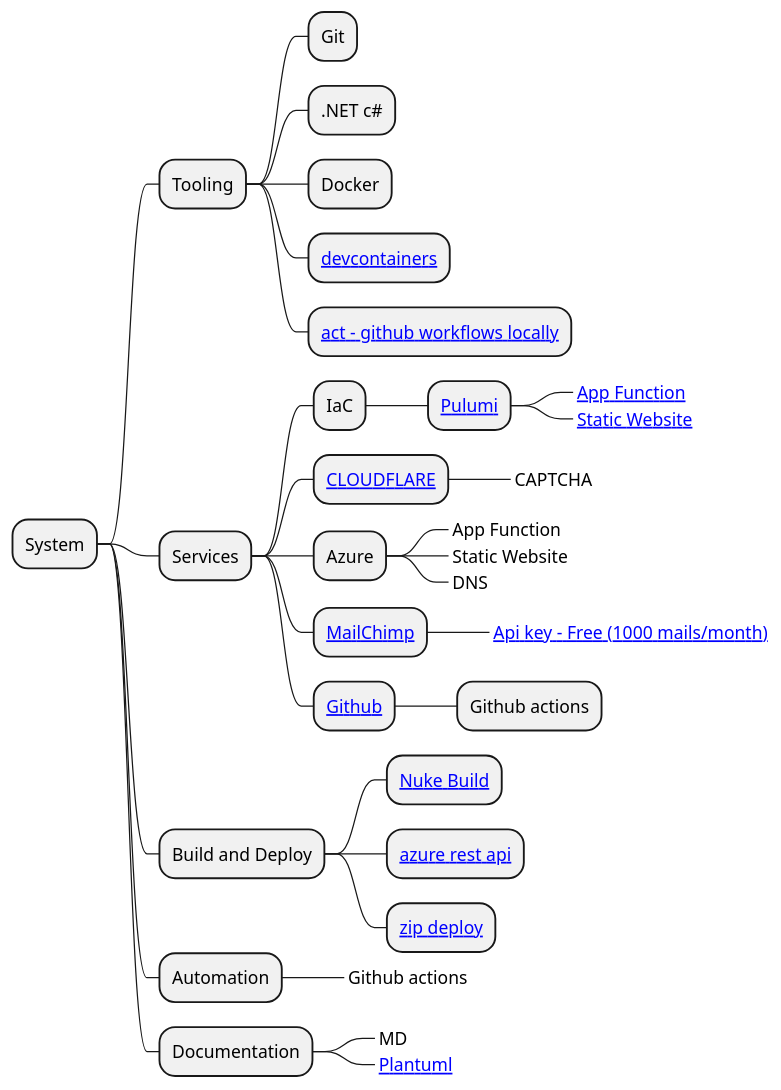
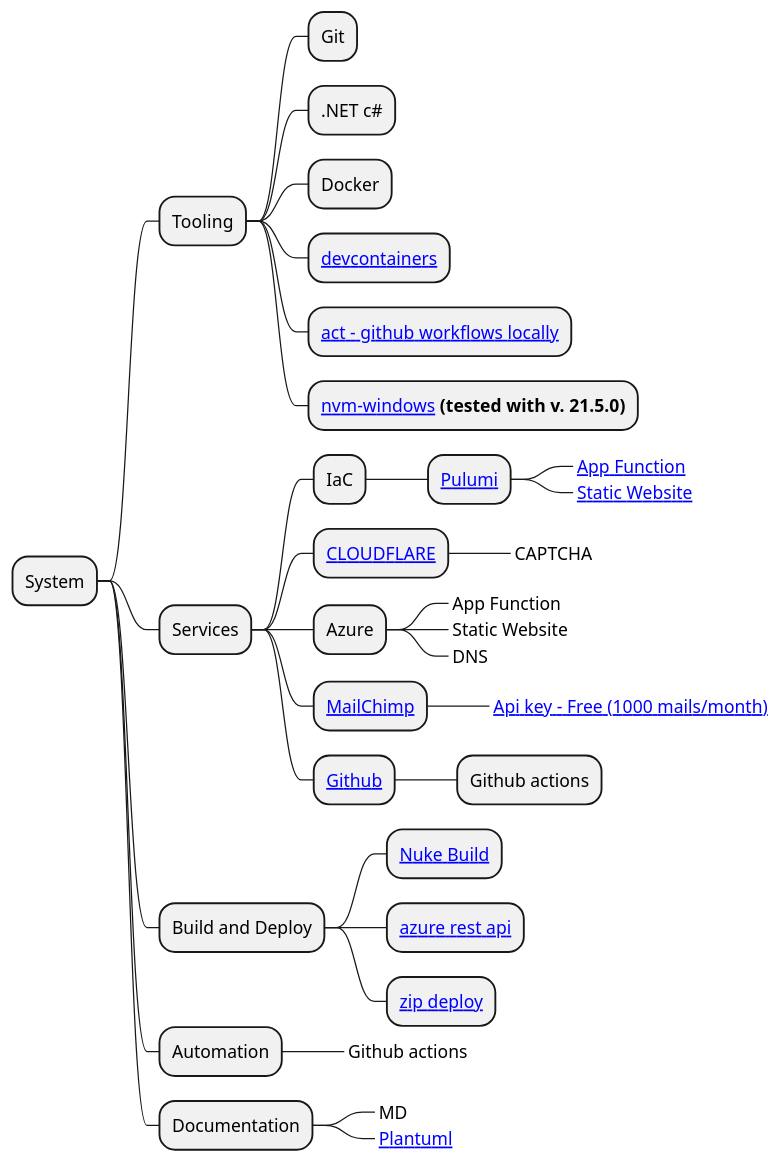
One commit to sukkergris/job-application changed the diagram in Documentation/System-Overview.wsd. Above: the diagram before and after it, drawn with PlantUML. The commit also changed 2 other files, not shown here.

```diff
--- a/Documentation/System-Overview.wsd
+++ b/Documentation/System-Overview.wsd
@@ -1,35 +1,36 @@
 @startmindmap "System overview"
 * System
 ** Tooling
 *** Git
 *** .NET c#
 *** Docker
 *** [[https://code.visualstudio.com/docs/devcontainers/containers devcontainers]]
 *** [[https://github.com/nektos/act act - github workflows locally]]
+*** [[https://github.com/coreybutler/nvm-windows/releases nvm-windows]] **(tested with v. 21.5.0)**
 ** Services
 *** IaC
 **** [[https://www.pulumi.com/ Pulumi]]
 *****_ [[https://www.pulumi.com/registry/packages/azure/api-docs/appservice/functionapp/ App Function]]
 *****_ [[https://www.pulumi.com/templates/static-website/azure/ Static Website]]
 *** [[https://www.cloudflare.com CLOUDFLARE]]
 ****_ CAPTCHA
 *** Azure
 ****_ App Function
 ****_ Static Website
 ****_ DNS
 *** [[https://mailchimp.com MailChimp]]
 ****_ [[https://us8.admin.mailchimp.com/account/client-key/ Api key - Free (1000 mails/month)]]
 *** [[https://github.com/ Github]]
 **** Github actions
 ** Build and Deploy
 *** [[https://nuke.build/ Nuke Build]]
 *** [[https://learn.microsoft.com/en-us/rest/api/azure/ azure rest api]]
 *** [[https://learn.microsoft.com/en-us/azure/azure-functions/deployment-zip-push zip deploy]]
 ** Automation
 ***_ Github actions
 
 ** Documentation
 ***_ MD
 ***_ [[https://plantuml.com/ Plantuml]]
 
 @endmindmap
```
